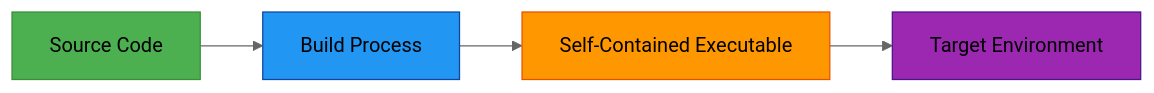
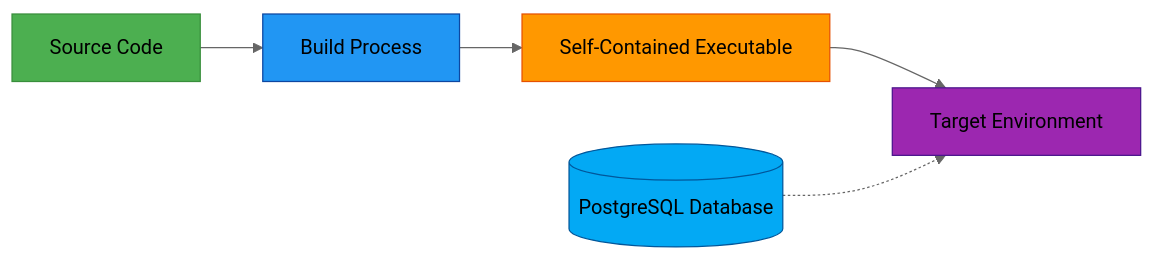
One commit to gjduggins/SpaceGeeks changed the diagram in docs/architecture/deployment-architecture.md. Above: the diagram before and after it, drawn with Mermaid (neutral theme). The commit also changed other lines of this file and 6 other files, not shown here.

First line of the commit message:
Add PostgreSQL migration architecture design and update related documentation

````diff
--- a/docs/architecture/deployment-architecture.md
+++ b/docs/architecture/deployment-architecture.md
@@ -11,11 +11,13 @@
 ```mermaid
 graph LR
     A[Source Code] --> B[Build Process]
     B --> C[Self-Contained Executable]
     C --> D[Target Environment]
+    E[(PostgreSQL Database)] -.-> D
     
     style A fill:#4CAF50,stroke:#388E3C
     style B fill:#2196F3,stroke:#0D47A1
     style C fill:#FF9800,stroke:#E65100
     style D fill:#9C27B0,stroke:#4A148C
+    style E fill:#03A9F4,stroke:#01579B
 ```
````
